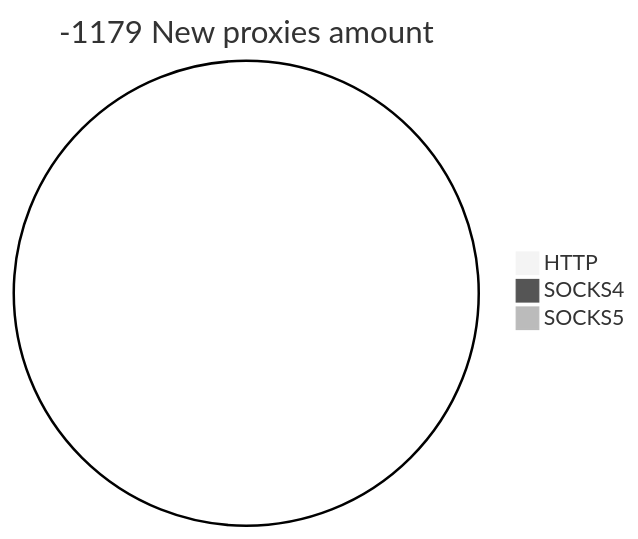
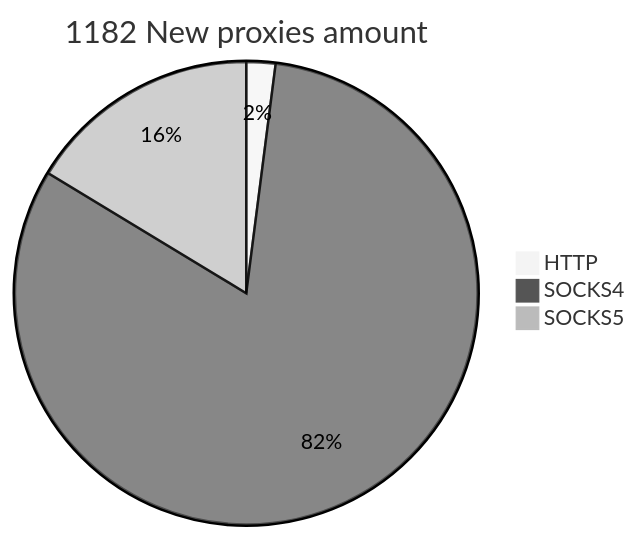
Before and after one commit to cutipu/proxylist: the second of 2 diagrams in README.md, drawn with Mermaid (neutral theme). The commit also changed other lines of this file, not shown here.

````diff
--- a/README.md
+++ b/README.md
@@ -10,6 +10,6 @@
 ```mermaid
-pie title -1179 New proxies amount
-    "HTTP" : 0
-    "SOCKS4" : 0
-    "SOCKS5" : 0
+pie title 1182 New proxies amount
+    "HTTP" : 24
+    "SOCKS4" : 965
+    "SOCKS5" : 193
 ```
````
